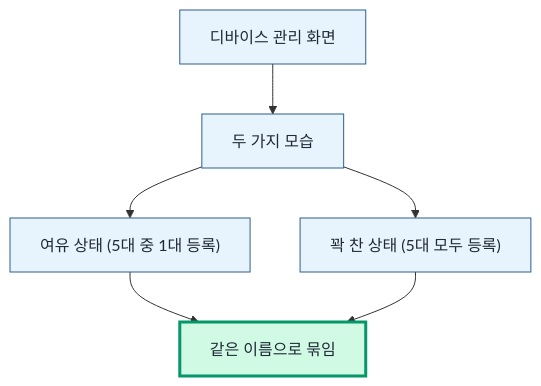
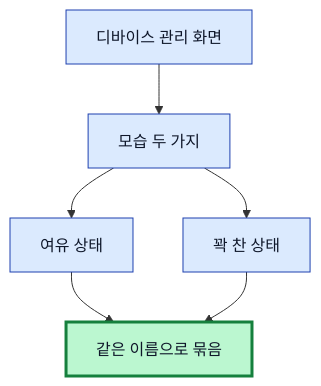
The second of 7 diagrams in content/diary/c/1.md (linisia/eric-company), drawn with Mermaid before and after one commit. The commit also changed other lines of this file, not shown here.

````diff
--- a/content/diary/c/1.md
+++ b/content/diary/c/1.md
@@ -56,13 +64,13 @@
 ```mermaid
 flowchart TD
-    A["디바이스 관리 화면"] --> B["두 가지 모습"]
-    B --> C["여유 상태 (5대 중 1대 등록)"]
-    B --> D["꽉 찬 상태 (5대 모두 등록)"]
-    C --> E["같은 이름으로 묶임"]
+    A[디바이스 관리 화면] --> B[모습 두 가지]
+    B --> C[여유 상태]
+    B --> D[꽉 찬 상태]
+    C --> E[같은 이름으로 묶음]
     D --> E
-    style A fill:#e8f4fd,stroke:#2c5e8f,color:#1f2937
-    style B fill:#e8f4fd,stroke:#2c5e8f,color:#1f2937
-    style C fill:#e8f4fd,stroke:#2c5e8f,color:#1f2937
-    style D fill:#e8f4fd,stroke:#2c5e8f,color:#1f2937
-    style E fill:#d1fae5,stroke:#059669,stroke-width:3px,color:#1f2937
+    style A fill:#dbeafe,stroke:#1e40af,color:#0f172a
+    style B fill:#dbeafe,stroke:#1e40af,color:#0f172a
+    style C fill:#dbeafe,stroke:#1e40af,color:#0f172a
+    style D fill:#dbeafe,stroke:#1e40af,color:#0f172a
+    style E fill:#bbf7d0,stroke:#15803d,stroke-width:3px,color:#0f172a
 ```
````
